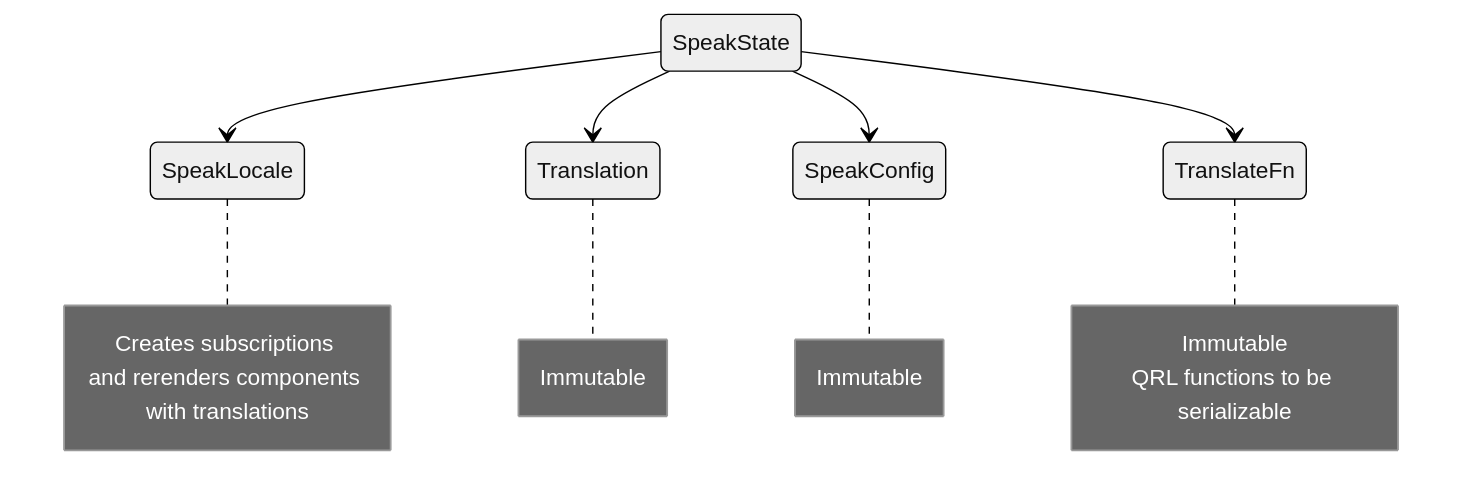
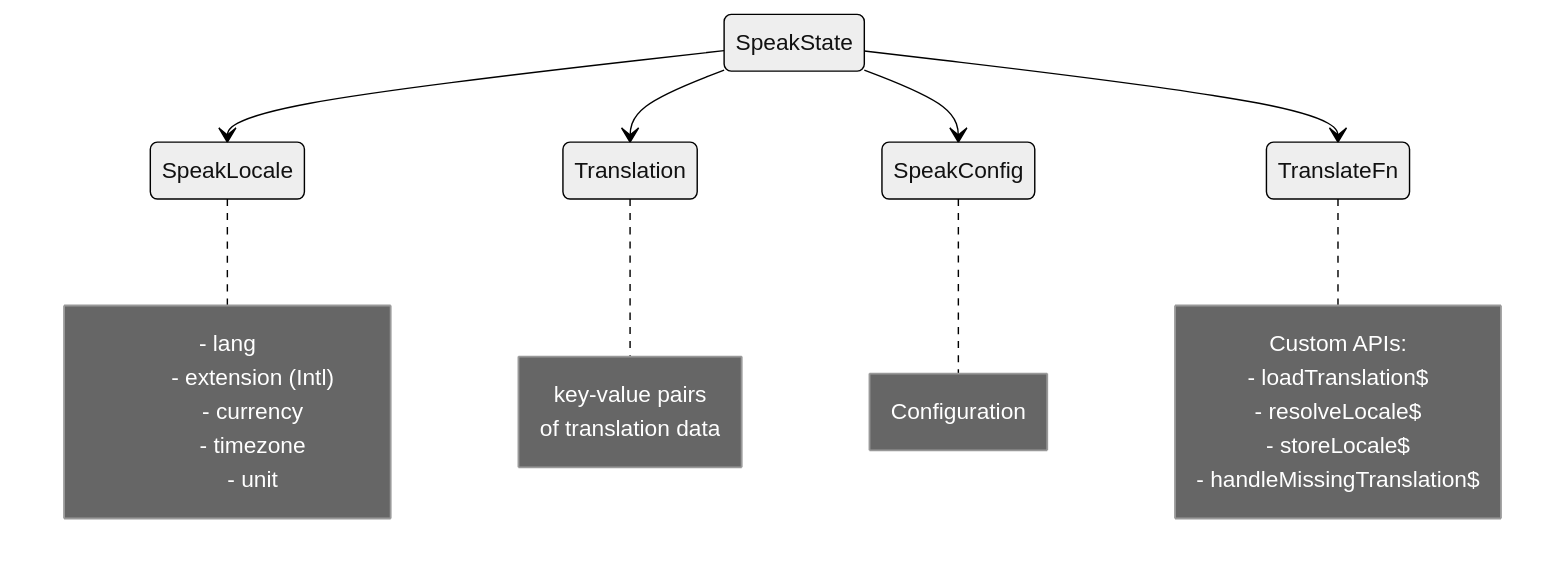
The diagram in README.md (robisim74/qwik-speak), drawn with Mermaid (neutral theme) before and after one commit. The commit also changed other lines of this file and 2 other files, not shown here.

````diff
--- a/README.md
+++ b/README.md
@@ -9,22 +9,31 @@
 ```mermaid
 stateDiagram-v2
     State1: SpeakState
     State2: SpeakLocale
     State3: Translation
     State4: SpeakConfig
     State5: TranslateFn
     State1 --> State2
     State1 --> State3
     State1 --> State4
     State1 --> State5
     note right of State2
-        Creates subscriptions 
-        and rerenders components with translations
+        - lang
+        - extension (Intl)
+        - currency
+        - timezone
+        - unit
     end note
-    note right of State3: Immutable
-    note right of State4: Immutable
+    note right of State3
+        key-value pairs
+        of translation data
+    end note
+    note right of State4: Configuration
     note right of State5
-        Immutable
-        QRL functions to be serializable
+        Custom APIs:
+        - loadTranslation$
+        - resolveLocale$
+        - storeLocale$
+        - handleMissingTranslation$
     end note
 ```
````
